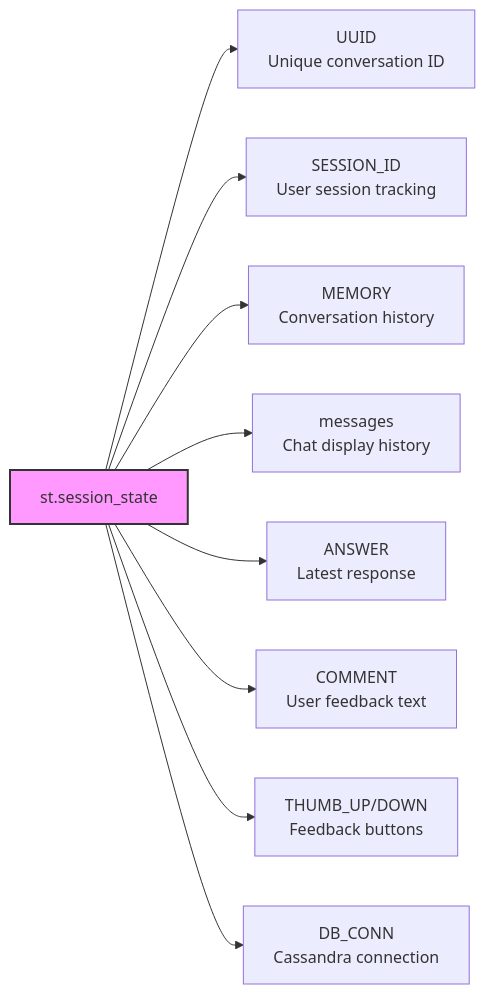
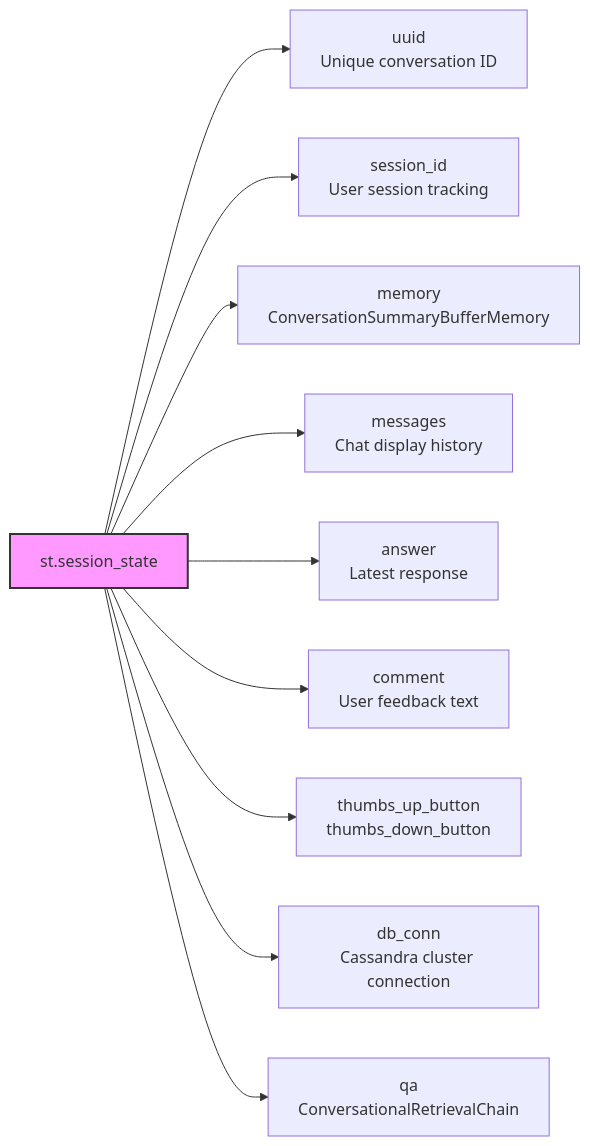
Before and after one commit to fiddler-labs/fiddler-chatbot: the fourth of 6 diagrams in docs/diagrams/chatbot.md, drawn with Mermaid. The commit also changed other lines of this file and 6 other files, not shown here.

Commit message:
Diagram update routine activity

````diff
--- a/docs/diagrams/chatbot.md
+++ b/docs/diagrams/chatbot.md
@@ -108,13 +110,14 @@
 ```mermaid
 graph LR
     A[st.session_state]
-    A --> B[UUID<br/>Unique conversation ID]
-    A --> C[SESSION_ID<br/>User session tracking]
-    A --> D[MEMORY<br/>Conversation history]
+    A --> B[uuid<br/>Unique conversation ID]
+    A --> C[session_id<br/>User session tracking]
+    A --> D[memory<br/>ConversationSummaryBufferMemory]
     A --> E[messages<br/>Chat display history]
-    A --> F[ANSWER<br/>Latest response]
-    A --> G[COMMENT<br/>User feedback text]
-    A --> H[THUMB_UP/DOWN<br/>Feedback buttons]
-    A --> I[DB_CONN<br/>Cassandra connection]
+    A --> F[answer<br/>Latest response]
+    A --> G[comment<br/>User feedback text]
+    A --> H[thumbs_up_button<br/>thumbs_down_button]
+    A --> I[db_conn<br/>Cassandra cluster connection]
+    A --> J[qa<br/>ConversationalRetrievalChain]
 style A fill:#f9f,stroke:#333,stroke-width:2px
 ```
````
